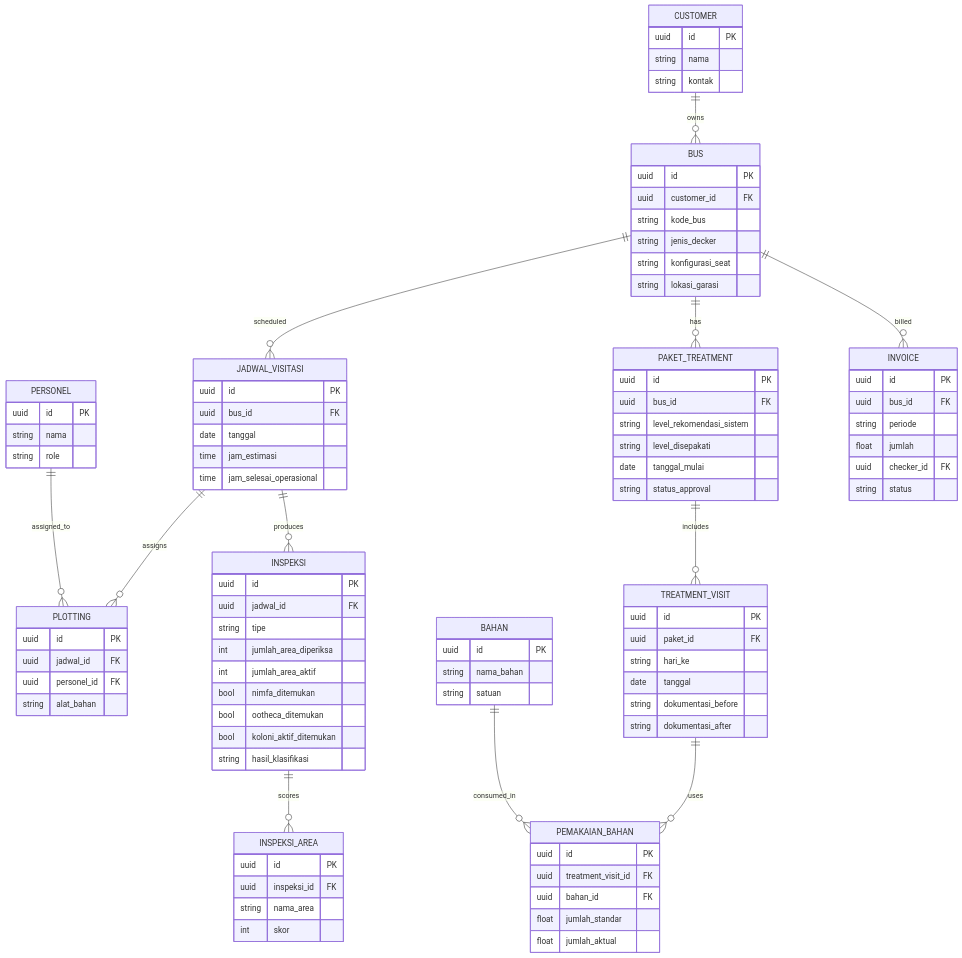
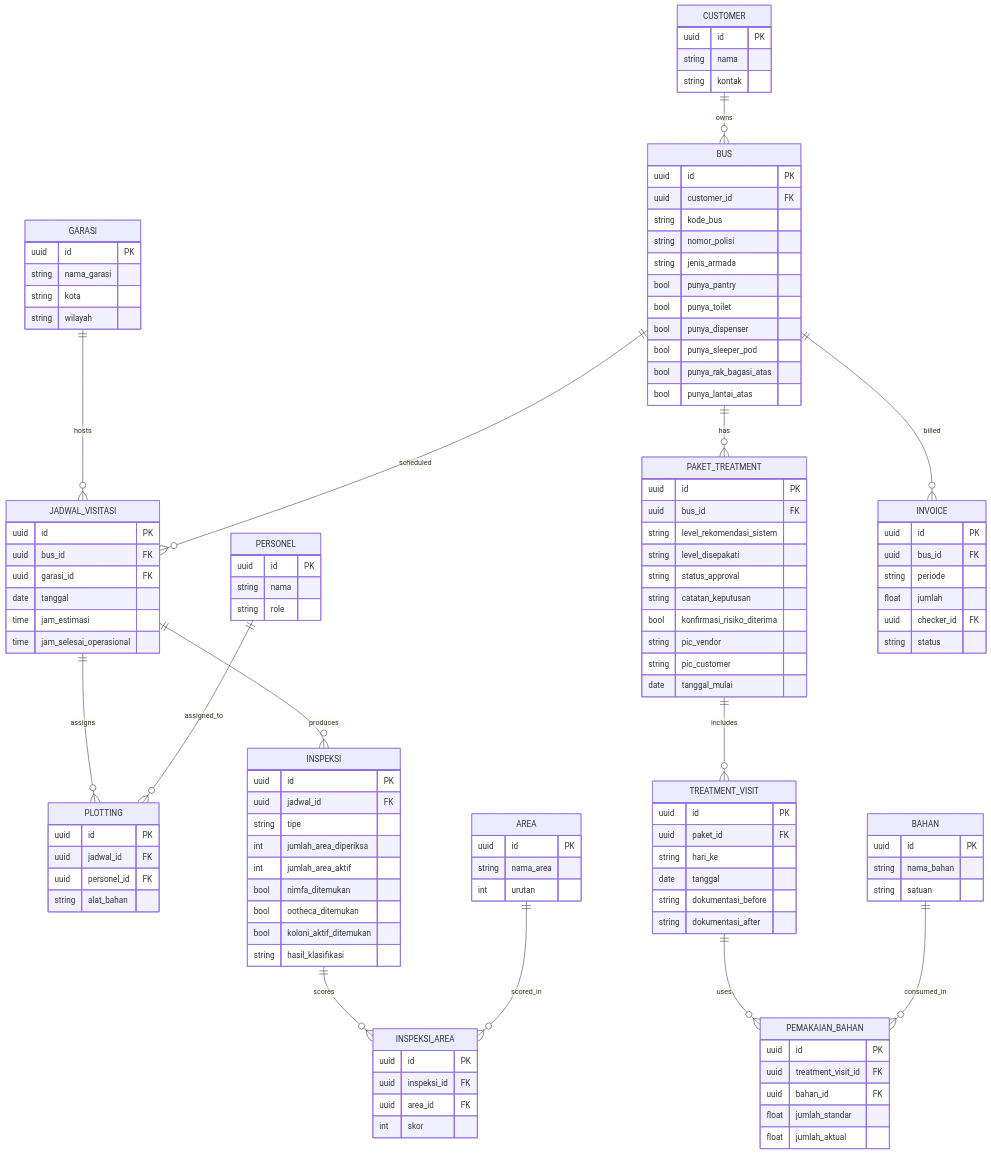
One commit to Vanialive/WorkflowBugHunter changed the third of 3 diagrams in README.md. Above: the diagram before and after it, drawn with Mermaid. The commit also changed other lines of this file, not shown here.

````diff
--- a/README.md
+++ b/README.md
@@ -44,11 +85,13 @@
 ```mermaid
 erDiagram
     CUSTOMER ||--o{ BUS : owns
+    GARASI ||--o{ JADWAL_VISITASI : hosts
     BUS ||--o{ JADWAL_VISITASI : scheduled
     JADWAL_VISITASI ||--o{ PLOTTING : assigns
     PERSONEL ||--o{ PLOTTING : assigned_to
     JADWAL_VISITASI ||--o{ INSPEKSI : produces
     INSPEKSI ||--o{ INSPEKSI_AREA : scores
+    AREA ||--o{ INSPEKSI_AREA : scored_in
     BUS ||--o{ PAKET_TREATMENT : has
     PAKET_TREATMENT ||--o{ TREATMENT_VISIT : includes
     TREATMENT_VISIT ||--o{ PEMAKAIAN_BAHAN : uses
@@ -64,13 +107,25 @@
         uuid id PK
         uuid customer_id FK
         string kode_bus
-        string jenis_decker
-        string konfigurasi_seat
-        string lokasi_garasi
+        string nomor_polisi
+        string jenis_armada
+        bool punya_pantry
+        bool punya_toilet
+        bool punya_dispenser
+        bool punya_sleeper_pod
+        bool punya_rak_bagasi_atas
+        bool punya_lantai_atas
+    }
+    GARASI {
+        uuid id PK
+        string nama_garasi
+        string kota
+        string wilayah
     }
     JADWAL_VISITASI {
         uuid id PK
         uuid bus_id FK
+        uuid garasi_id FK
         date tanggal
         time jam_estimasi
         time jam_selesai_operasional
@@ -97,10 +152,15 @@
         bool koloni_aktif_ditemukan
         string hasil_klasifikasi
     }
+    AREA {
+        uuid id PK
+        string nama_area
+        int urutan
+    }
     INSPEKSI_AREA {
         uuid id PK
         uuid inspeksi_id FK
-        string nama_area
+        uuid area_id FK
         int skor
     }
     PAKET_TREATMENT {
@@ -108,8 +168,12 @@
         uuid bus_id FK
         string level_rekomendasi_sistem
         string level_disepakati
+        string status_approval
+        string catatan_keputusan
+        bool konfirmasi_risiko_diterima
+        string pic_vendor
+        string pic_customer
         date tanggal_mulai
-        string status_approval
     }
     TREATMENT_VISIT {
         uuid id PK
````
